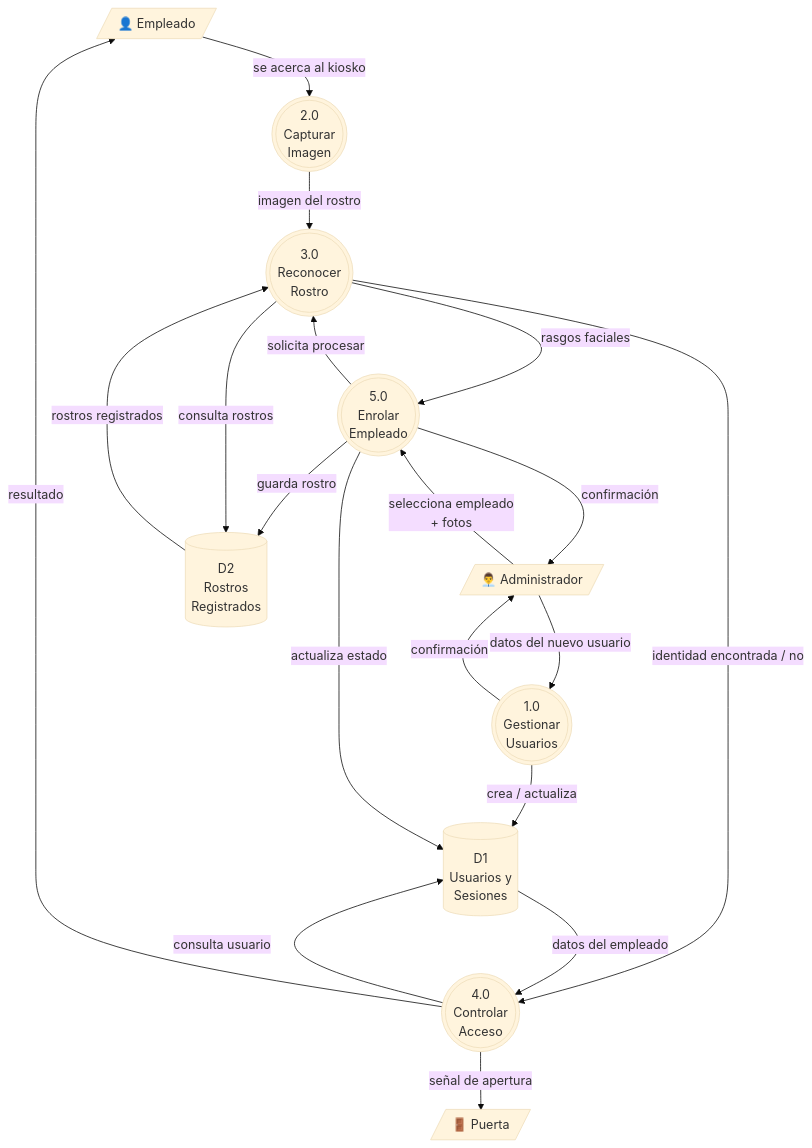
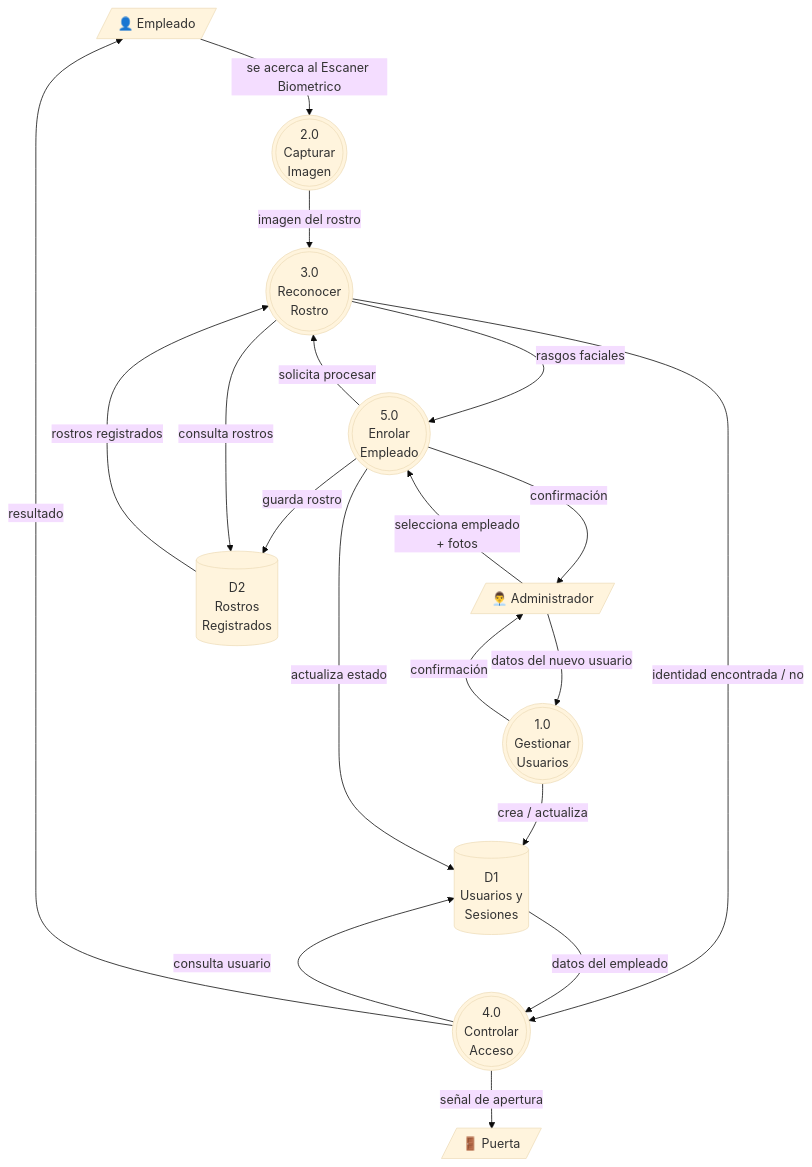
One commit to Indroic/access-control-system changed the second of 2 diagrams in docs/presentacion/07-dfd-uml.md. Above: the diagram before and after it, drawn with Mermaid (base theme). The commit also changed other lines of this file and 11 other files, not shown here.

Commit message:
cambio de nombre de kiosko a Escaner Biometrico

````diff
--- a/docs/presentacion/07-dfd-uml.md
+++ b/docs/presentacion/07-dfd-uml.md
@@ -47,39 +47,39 @@
 ```mermaid
 flowchart TB
     EMP[/"👤 Empleado"/]
     ADMIN[/"👨‍💼 Administrador"/]
     PUERTA[/"🚪 Puerta"/]
 
     P1((("1.0<br/>Gestionar<br/>Usuarios")))
     P2((("2.0<br/>Capturar<br/>Imagen")))
     P3((("3.0<br/>Reconocer<br/>Rostro")))
     P4((("4.0<br/>Controlar<br/>Acceso")))
     P5((("5.0<br/>Enrolar<br/>Empleado")))
 
     D1[("D1<br/>Usuarios y<br/>Sesiones")]
     D2[("D2<br/>Rostros<br/>Registrados")]
 
     %% Administrador
     ADMIN -->|"datos del nuevo usuario"| P1
     P1 -->|"crea / actualiza"| D1
     P1 -->|"confirmación"| ADMIN
 
     ADMIN -->|"selecciona empleado<br/>+ fotos"| P5
     P5 -->|"solicita procesar"| P3
     P3 -->|"rasgos faciales"| P5
     P5 -->|"guarda rostro"| D2
     P5 -->|"actualiza estado"| D1
     P5 -->|"confirmación"| ADMIN
 
-    %% Empleado en el kiosko
-    EMP -->|"se acerca al kiosko"| P2
+    %% Empleado en el Escaner Biometrico
+    EMP -->|"se acerca al Escaner Biometrico"| P2
     P2 -->|"imagen del rostro"| P3
     P3 -->|"consulta rostros"| D2
     D2 -->|"rostros registrados"| P3
     P3 -->|"identidad encontrada / no"| P4
 
     P4 -->|"consulta usuario"| D1
     D1 -->|"datos del empleado"| P4
     P4 -->|"resultado"| EMP
     P4 -->|"señal de apertura"| PUERTA
 ```
````
